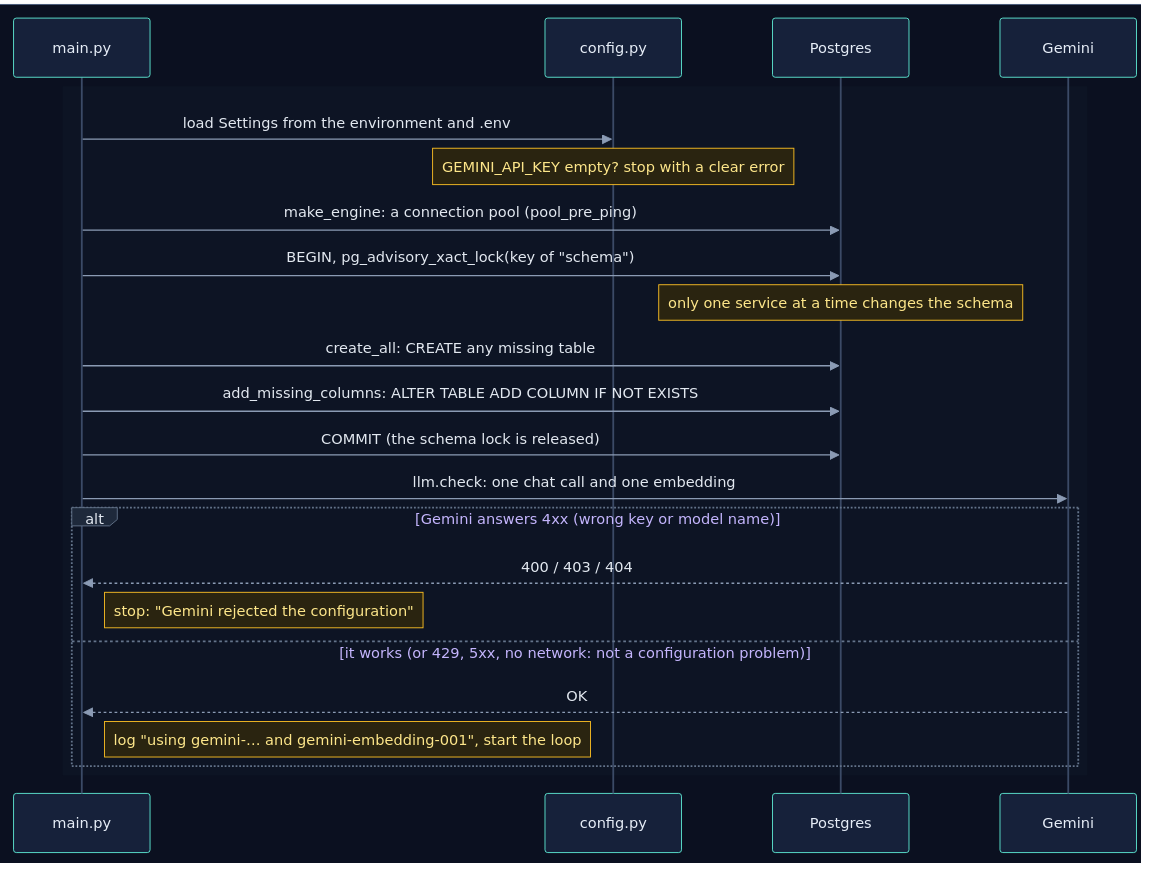
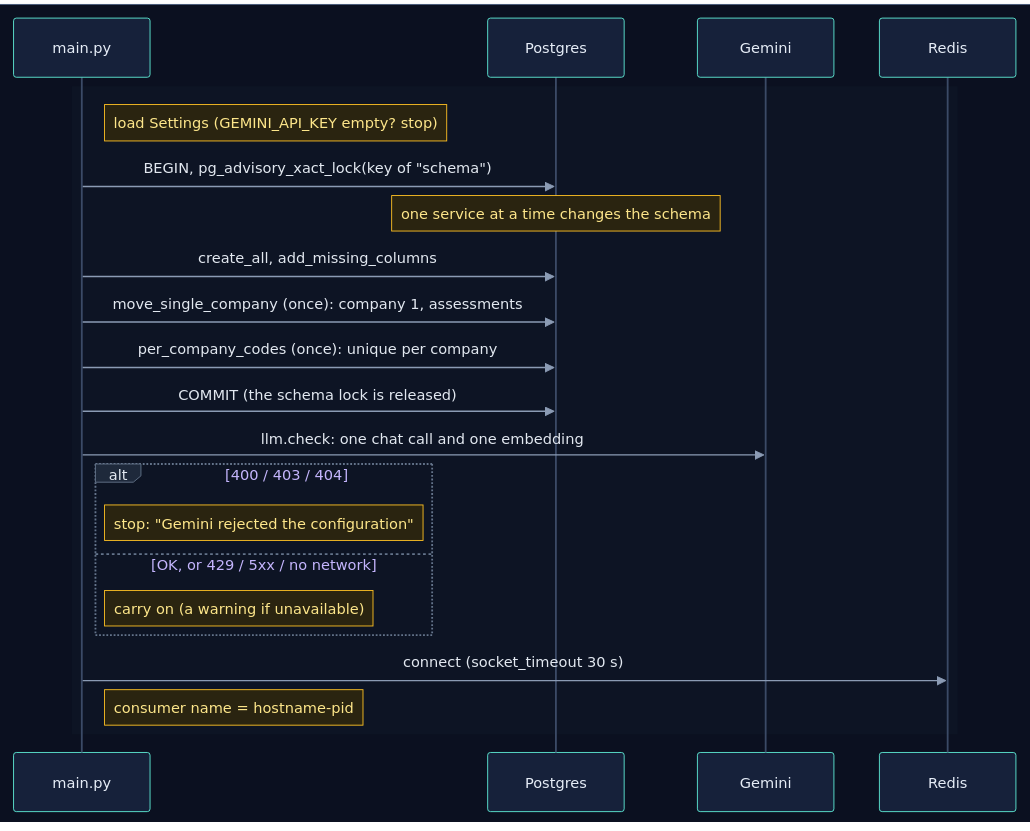
One commit to selvakumarperumal/Regulatory_Circular_Impact_Agent changed the third of 19 diagrams in backend/worker/INTERNALS.md. Above: the diagram before and after it, drawn with Mermaid. The commit also changed other lines of this file and 8 other files, not shown here.

````diff
--- a/backend/worker/INTERNALS.md
+++ b/backend/worker/INTERNALS.md
@@ -152,29 +162,28 @@
 ```mermaid
 %%{init: {"theme": "base", "sequence": {"diagramMarginX": 0, "diagramMarginY": 0}, "themeVariables": {"darkMode": true, "primaryColor": "#16213a", "primaryTextColor": "#e6edf7", "primaryBorderColor": "#475a7a", "lineColor": "#8b9bb4", "secondaryColor": "#1b2436", "tertiaryColor": "#101a2e", "edgeLabelBackground": "#0f172a", "textColor": "#e2e8f0", "actorBkg": "#16213a", "actorBorder": "#5eead4", "actorTextColor": "#e6edf7", "actorLineColor": "#3b4a66", "signalColor": "#8b9bb4", "signalTextColor": "#e2e8f0", "noteBkgColor": "#2a2410", "noteBorderColor": "#fbbf24", "noteTextColor": "#fde68a", "labelBoxBkgColor": "#1e293b", "labelBoxBorderColor": "#64748b", "labelTextColor": "#e2e8f0", "loopTextColor": "#c4b5fd", "sequenceNumberColor": "#0b1020", "activationBkgColor": "#1e293b"}}}%%
 sequenceDiagram
     box rgb(11, 16, 32)
         participant M as main.py
-        participant C as config.py
         participant PG as Postgres
         participant G as Gemini
+        participant R as Redis
     end
 
     rect rgb(13, 20, 36)
-        M->>C: load Settings from the environment and .env
-        Note over C: GEMINI_API_KEY empty? stop with a clear error
-        M->>PG: make_engine: a connection pool (pool_pre_ping)
+        Note right of M: load Settings (GEMINI_API_KEY empty? stop)
         M->>PG: BEGIN, pg_advisory_xact_lock(key of "schema")
-        Note over PG: only one service at a time changes the schema
-        M->>PG: create_all: CREATE any missing table
-        M->>PG: add_missing_columns: ALTER TABLE ADD COLUMN IF NOT EXISTS
+        Note over PG: one service at a time changes the schema
+        M->>PG: create_all, add_missing_columns
+        M->>PG: move_single_company (once): company 1, assessments
+        M->>PG: per_company_codes (once): unique per company
         M->>PG: COMMIT (the schema lock is released)
         M->>G: llm.check: one chat call and one embedding
-        alt Gemini answers 4xx (wrong key or model name)
-            G-->>M: 400 / 403 / 404
+        alt 400 / 403 / 404
             Note right of M: stop: "Gemini rejected the configuration"
-        else it works (or 429, 5xx, no network: not a configuration problem)
-            G-->>M: OK
-            Note right of M: log "using gemini-… and gemini-embedding-001", start the loop
+        else OK, or 429 / 5xx / no network
+            Note right of M: carry on (a warning if unavailable)
         end
+        M->>R: connect (socket_timeout 30 s)
+        Note right of M: consumer name = hostname-pid
     end
 ```
````
